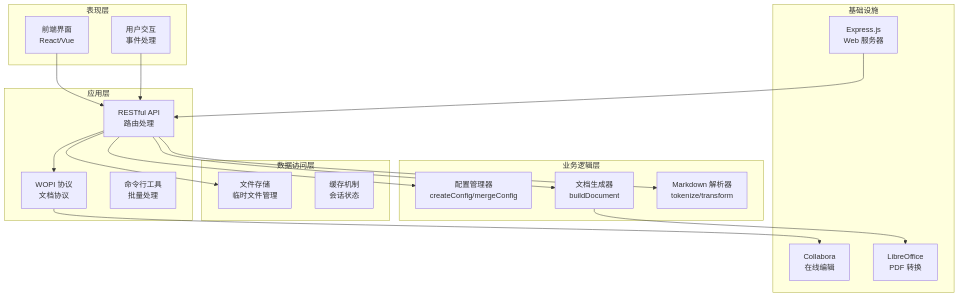
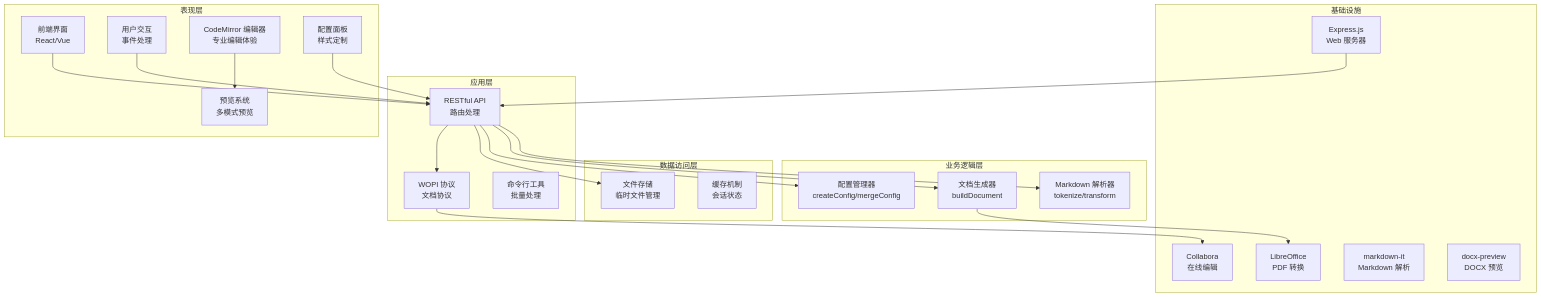
Before and after one commit to wanwushelie/markdown-to-word-studio: the fourth of 12 diagrams in .lingma/repowiki/zh/content/用户指南/前端界面现代化.md, drawn with Mermaid. The commit also changed other lines of this file and 7 other files, not shown here.

````diff
--- a/.lingma/repowiki/zh/content/用户指南/前端界面现代化.md
+++ b/.lingma/repowiki/zh/content/用户指南/前端界面现代化.md
@@ -175,36 +222,43 @@
 ```mermaid
 graph TB
 subgraph "表现层"
 FE[前端界面<br/>React/Vue]
 UI[用户交互<br/>事件处理]
+CodeMirror[CodeMirror 编辑器<br/>专业编辑体验]
+Preview[预览系统<br/>多模式预览]
+ConfigPanel[配置面板<br/>样式定制]
 end
 subgraph "应用层"
 API[RESTful API<br/>路由处理]
 WOPI[WOPI 协议<br/>文档协议]
 CLI[命令行工具<br/>批量处理]
 end
 subgraph "业务逻辑层"
 Parser[Markdown 解析器<br/>tokenize/transform]
 Generator[文档生成器<br/>buildDocument]
 ConfigMgr[配置管理器<br/>createConfig/mergeConfig]
 end
 subgraph "数据访问层"
 Storage[文件存储<br/>临时文件管理]
 Cache[缓存机制<br/>会话状态]
 end
 subgraph "基础设施"
 Express[Express.js<br/>Web 服务器]
 Collabora[Collabora<br/>在线编辑]
 LibreOffice[LibreOffice<br/>PDF 转换]
+markdown-it[markdown-it<br/>Markdown 解析]
+docx-preview[docx-preview<br/>DOCX 预览]
 end
 FE --> API
 UI --> API
+CodeMirror --> Preview
+ConfigPanel --> API
 API --> Parser
 API --> Generator
 API --> ConfigMgr
 API --> Storage
 API --> WOPI
 WOPI --> Collabora
 Generator --> LibreOffice
 Express --> API
 ```
````
